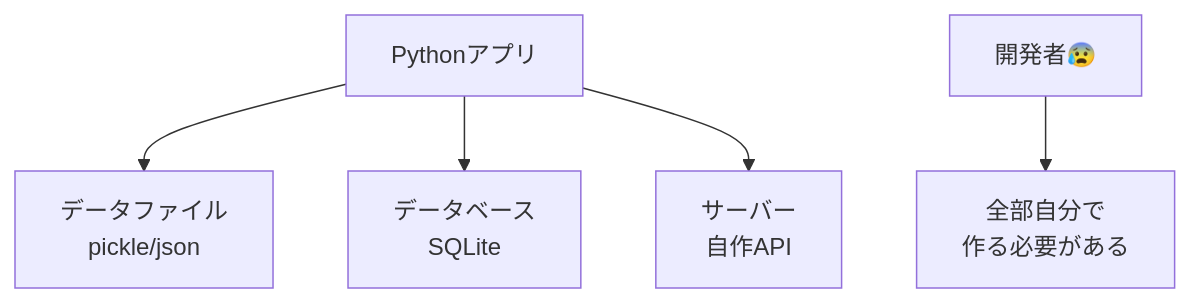
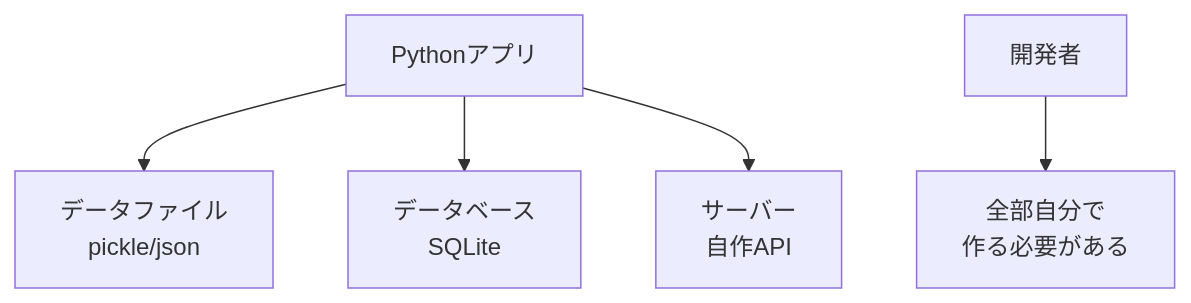
Before and after one commit to itdojp/supabase-architecture-patterns-book: the first of 4 diagrams in docs/chapters/chapter03/index.md, drawn with Mermaid. The commit also changed other lines of this file and 49 other files, not shown here.

````diff
--- a/docs/chapters/chapter03/index.md
+++ b/docs/chapters/chapter03/index.md
@@ -55,8 +55,8 @@
 ```mermaid
 flowchart TD
     A[Pythonアプリ] --> B[データファイル<br/>pickle/json]
     A --> C[データベース<br/>SQLite]
     A --> D[サーバー<br/>自作API]
     
-    E[開発者😰] --> F[全部自分で<br/>作る必要がある]
+    E[開発者] --> F[全部自分で<br/>作る必要がある]
 ```
````
